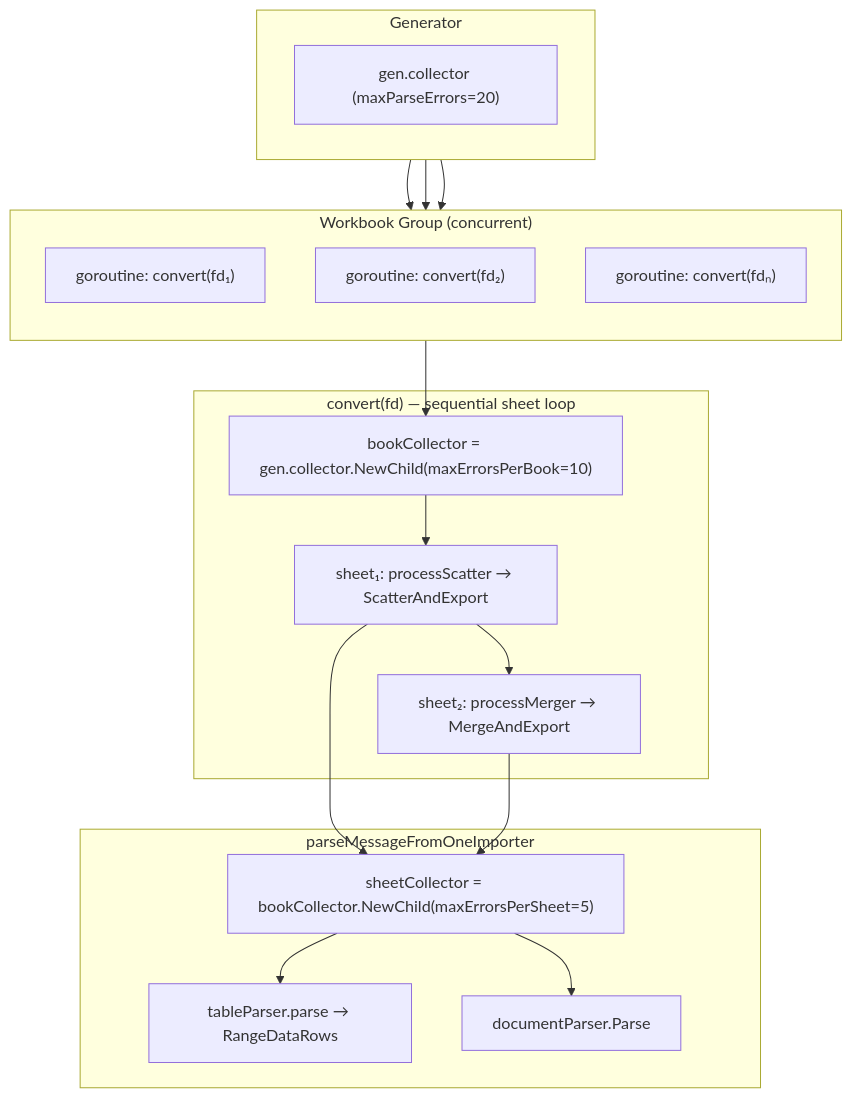
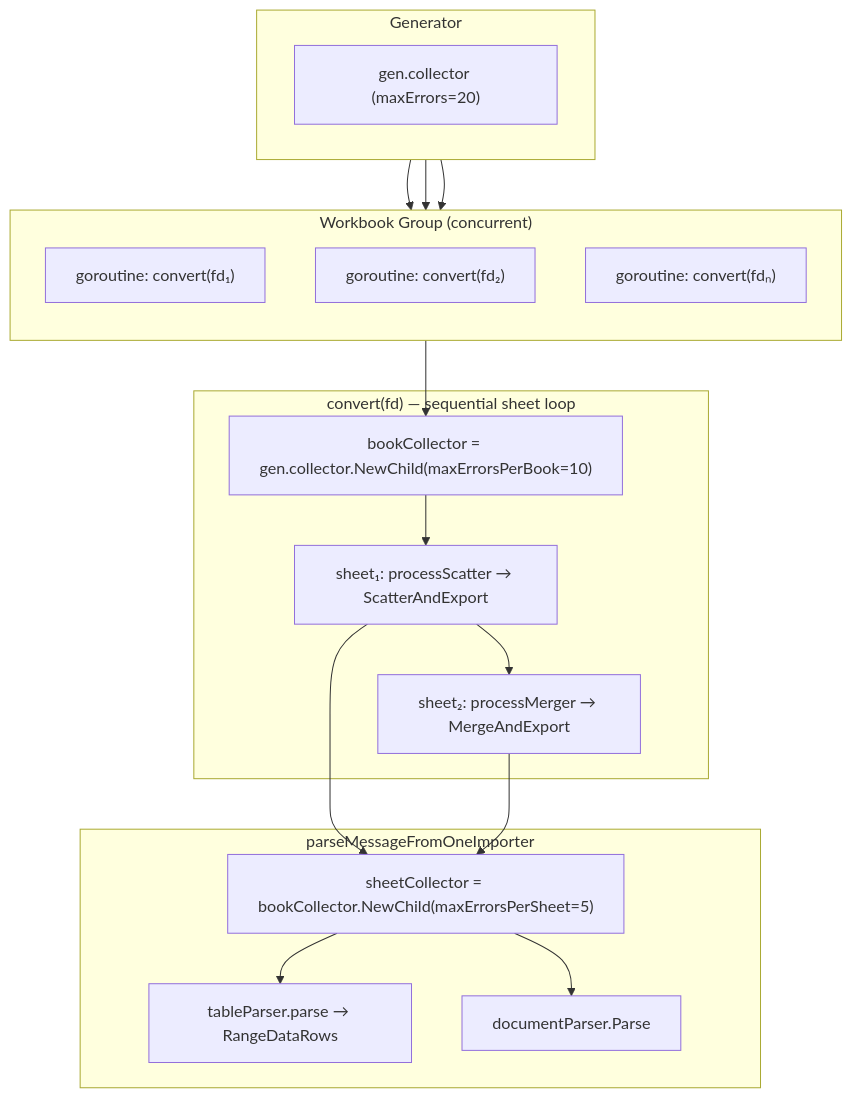
Before and after one commit to tableauio/tableau: the first of 2 diagrams in internal/confgen/README.md, drawn with Mermaid. The commit also changed other lines of this file and 13 other files, not shown here.

````diff
--- a/internal/confgen/README.md
+++ b/internal/confgen/README.md
@@ -47,31 +45,31 @@
 ```mermaid
 flowchart TB
     subgraph Generator
-        C["gen.collector (maxParseErrors=20)"]
+        C["gen.collector (maxErrors=20)"]
     end
 
     subgraph "Workbook Group (concurrent)"
         direction TB
         G1["goroutine: convert(fd₁)"]
         G2["goroutine: convert(fd₂)"]
         Gn["goroutine: convert(fdₙ)"]
     end
 
     Generator --> G1 & G2 & Gn
 
     subgraph "convert(fd) — sequential sheet loop"
         B["bookCollector = gen.collector.NewChild(maxErrorsPerBook=10)"]
         S1["sheet₁: processScatter → ScatterAndExport"]
         S2["sheet₂: processMerger → MergeAndExport"]
     end
 
     G1 --> B --> S1 --> S2
 
     subgraph "parseMessageFromOneImporter"
         SC["sheetCollector = bookCollector.NewChild(maxErrorsPerSheet=5)"]
         TP["tableParser.parse → RangeDataRows"]
         DP["documentParser.Parse"]
     end
 
     S1 & S2 --> SC --> TP & DP
 ```
````
